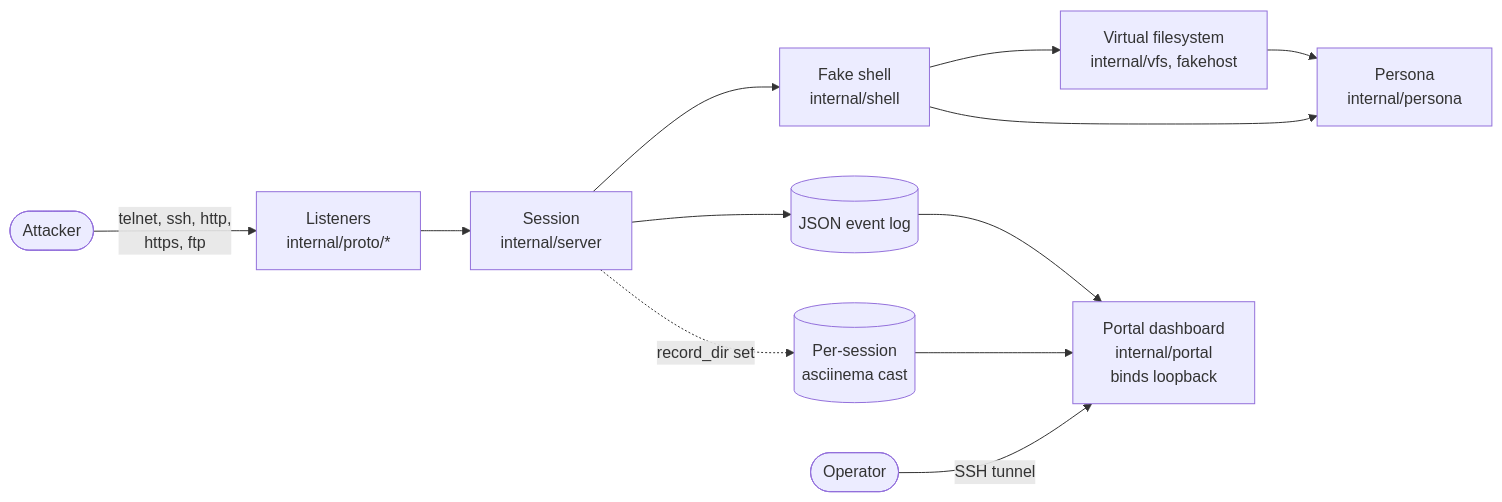
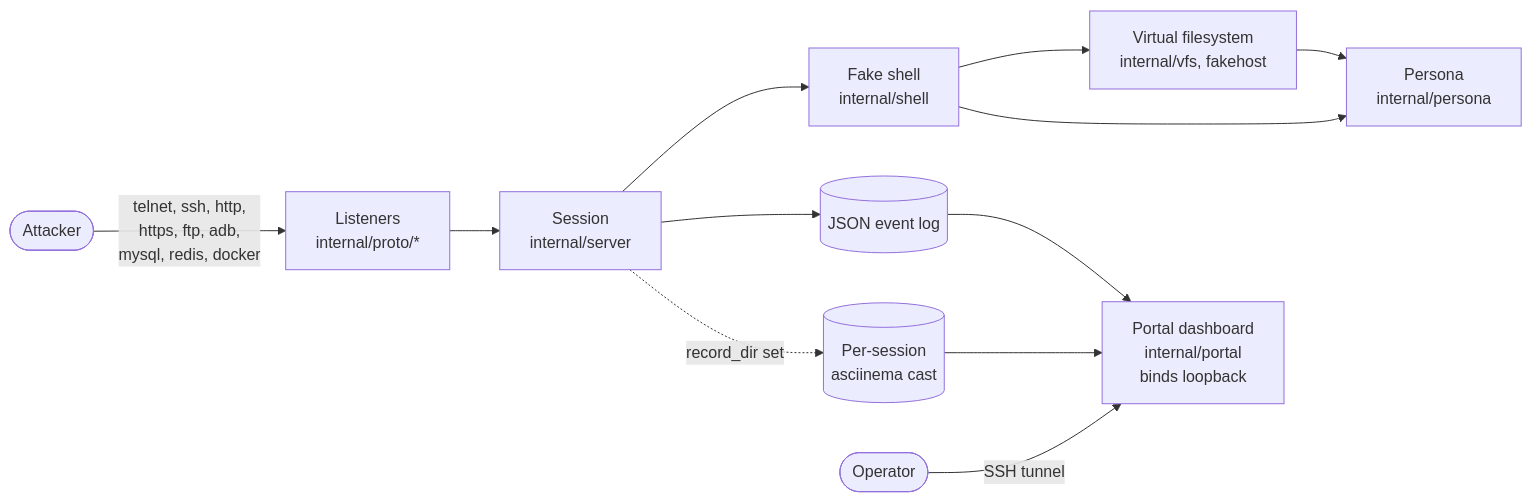
Before and after one commit to adrianmcphee/sweeTTY: the first of 3 diagrams in ARCHITECTURE.md, drawn with Mermaid. The commit also changed 16 other files, not shown here.

````diff
--- a/ARCHITECTURE.md
+++ b/ARCHITECTURE.md
@@ -9,14 +9,14 @@
 ```mermaid
 flowchart LR
-    ATK([Attacker]) -->|telnet, ssh, http,<br/>https, ftp| LIS["Listeners<br/>internal/proto/*"]
+    ATK([Attacker]) -->|telnet, ssh, http,<br/>https, ftp, adb,<br/>mysql, redis, docker| LIS["Listeners<br/>internal/proto/*"]
     LIS --> SES["Session<br/>internal/server"]
     SES --> SHELL["Fake shell<br/>internal/shell"]
     SHELL --> VFS["Virtual filesystem<br/>internal/vfs, fakehost"]
     SHELL --> PER["Persona<br/>internal/persona"]
     VFS --> PER
     SES --> LOG[("JSON event log")]
     SES -. "record_dir set" .-> CAST[("Per-session<br/>asciinema cast")]
     LOG --> PORTAL["Portal dashboard<br/>internal/portal<br/>binds loopback"]
     CAST --> PORTAL
     OP([Operator]) -->|SSH tunnel| PORTAL
 ```
````
